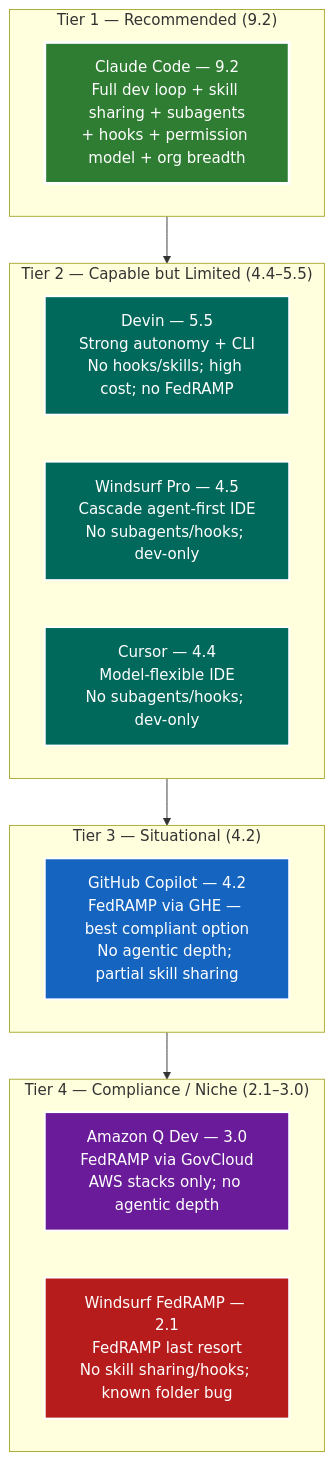
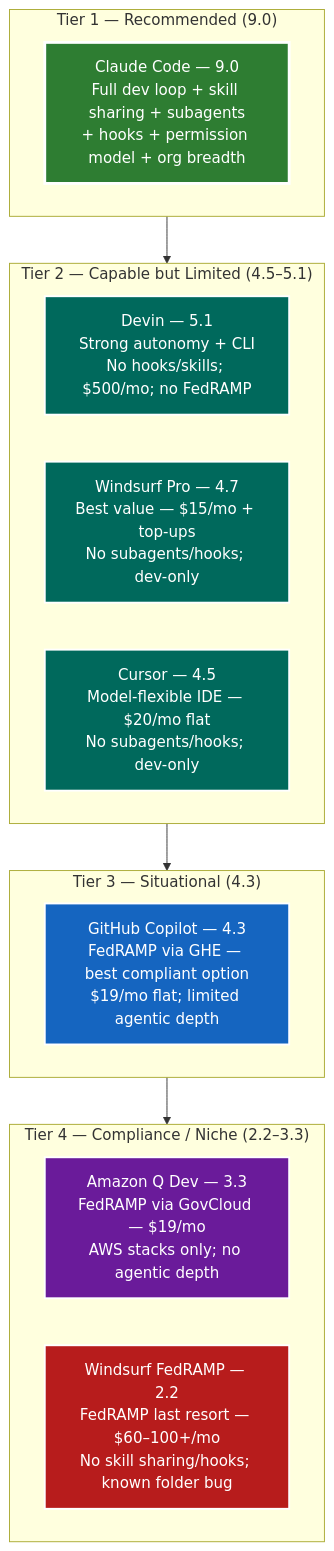
One commit to adourish/whitepapers changed the ninth of 10 diagrams in 01_Projects/TEG-AoA-AI-Coding-Tools-v1.0.md. Above: the diagram before and after it, drawn with Mermaid. The commit also changed other lines of this file, not shown here.

Commit message:
Add Cost/Value as scored criterion (5% weight) across all tools
Adds Cost/Value row to Options Analysis table and Weighted Scoring Matrix.
Lower cost = higher score (10 = cheapest; 1 = most expensive), using each
tool's recommended active-developer plan. Updated weights redistribute 5%
from Plans/Performance/Reliability/Extensions.

New weighted totals: CC 9.0, Devin 5.1, WP 4.7, Cursor 4.5, GHC 4.3,
AQ 3.3, WF 2.2. Windsurf Pro rises to 2nd on strength of 10/10 cost score.
Updates Scoring Summary tier diagram to reflect new rankings.

````diff
--- a/01_Projects/TEG-AoA-AI-Coding-Tools-v1.0.md
+++ b/01_Projects/TEG-AoA-AI-Coding-Tools-v1.0.md
@@ -628,33 +629,33 @@
 ```mermaid
 graph TD
-    subgraph T1["Tier 1 — Recommended (9.2)"]
-        CC["Claude Code — 9.2\nFull dev loop + skill sharing + subagents\n+ hooks + permission model + org breadth"]
+    subgraph T1["Tier 1 — Recommended (9.0)"]
+        CC["Claude Code — 9.0\nFull dev loop + skill sharing + subagents\n+ hooks + permission model + org breadth"]
     end
 
-    subgraph T2["Tier 2 — Capable but Limited (4.4–5.5)"]
-        DV["Devin — 5.5\nStrong autonomy + CLI\nNo hooks/skills; high cost; no FedRAMP"]
-        WP["Windsurf Pro — 4.5\nCascade agent-first IDE\nNo subagents/hooks; dev-only"]
-        CU["Cursor — 4.4\nModel-flexible IDE\nNo subagents/hooks; dev-only"]
+    subgraph T2["Tier 2 — Capable but Limited (4.5–5.1)"]
+        DV["Devin — 5.1\nStrong autonomy + CLI\nNo hooks/skills; $500/mo; no FedRAMP"]
+        WP["Windsurf Pro — 4.7\nBest value — $15/mo + top-ups\nNo subagents/hooks; dev-only"]
+        CU["Cursor — 4.5\nModel-flexible IDE — $20/mo flat\nNo subagents/hooks; dev-only"]
     end
 
-    subgraph T3["Tier 3 — Situational (4.2)"]
-        GC["GitHub Copilot — 4.2\nFedRAMP via GHE — best compliant option\nNo agentic depth; partial skill sharing"]
+    subgraph T3["Tier 3 — Situational (4.3)"]
+        GC["GitHub Copilot — 4.3\nFedRAMP via GHE — best compliant option\n$19/mo flat; limited agentic depth"]
     end
 
-    subgraph T4["Tier 4 — Compliance / Niche (2.1–3.0)"]
-        AQ["Amazon Q Dev — 3.0\nFedRAMP via GovCloud\nAWS stacks only; no agentic depth"]
-        WF["Windsurf FedRAMP — 2.1\nFedRAMP last resort\nNo skill sharing/hooks; known folder bug"]
+    subgraph T4["Tier 4 — Compliance / Niche (2.2–3.3)"]
+        AQ["Amazon Q Dev — 3.3\nFedRAMP via GovCloud — $19/mo\nAWS stacks only; no agentic depth"]
+        WF["Windsurf FedRAMP — 2.2\nFedRAMP last resort — $60–100+/mo\nNo skill sharing/hooks; known folder bug"]
     end
 
     T1 --> T2
     T2 --> T3
     T3 --> T4
 
     style CC fill:#2e7d32,stroke:#ffffff,stroke-width:3px,color:#ffffff
     style DV fill:#00695c,stroke:#ffffff,stroke-width:2px,color:#ffffff
     style WP fill:#00695c,stroke:#ffffff,stroke-width:2px,color:#ffffff
     style CU fill:#00695c,stroke:#ffffff,stroke-width:2px,color:#ffffff
     style GC fill:#1565c0,stroke:#ffffff,stroke-width:2px,color:#ffffff
     style AQ fill:#6a1b9a,stroke:#ffffff,stroke-width:2px,color:#ffffff
     style WF fill:#b71c1c,stroke:#ffffff,stroke-width:2px,color:#ffffff
 ```
````
